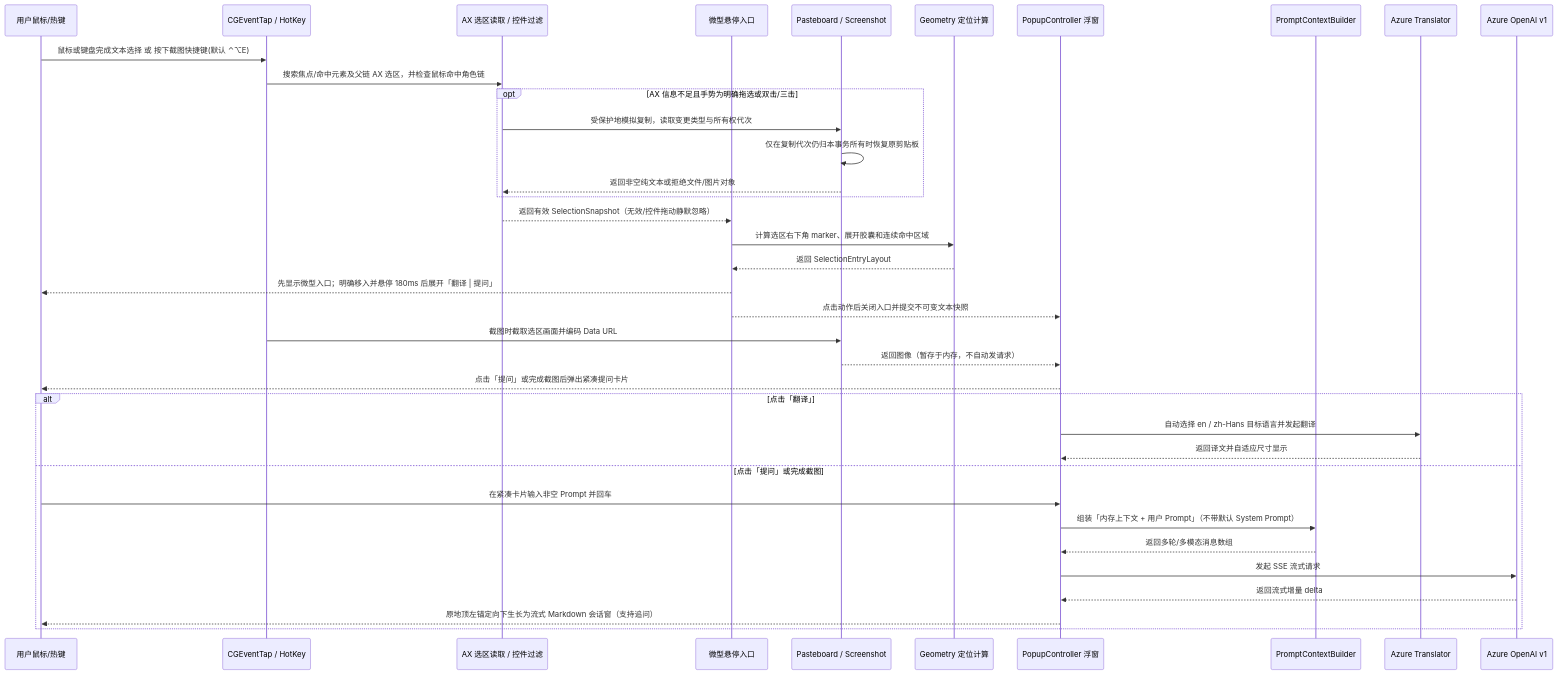
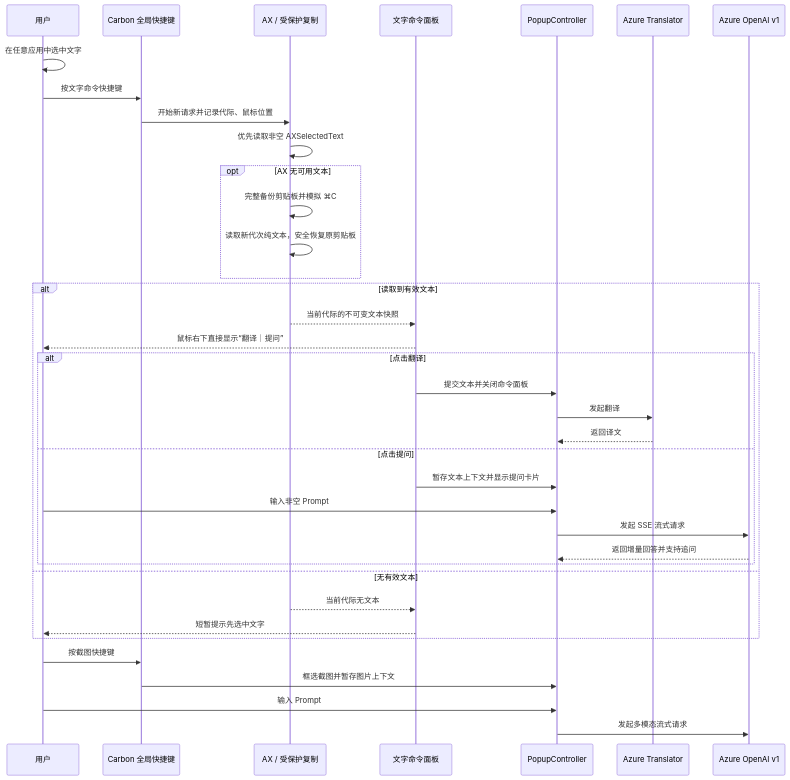
Before and after one commit to Sofiawuh/Glint: the second of 2 diagrams in docs/architecture/overview.md, drawn with Mermaid. The commit also changed other lines of this file and 38 other files, not shown here.

Commit message:
feat: replace automatic selection entry with text command hotkey

````diff
--- a/docs/architecture/overview.md
+++ b/docs/architecture/overview.md
@@ -44,40 +41,41 @@
 ```mermaid
 sequenceDiagram
-    participant User as 用户鼠标/热键
-    participant Tap as CGEventTap / HotKey
-    participant Selection as AX 选区读取 / 控件过滤
-    participant Entry as 微型悬停入口
-    participant Extractor as Pasteboard / Screenshot
-    participant Geo as Geometry 定位计算
-    participant Popup as PopupController 浮窗
-    participant Builder as PromptContextBuilder
+    participant User as 用户
+    participant HotKey as Carbon 全局快捷键
+    participant Reader as AX / 受保护复制
+    participant Panel as 文字命令面板
+    participant Popup as PopupController
     participant Translator as Azure Translator
     participant GPT as Azure OpenAI v1
 
-    User->>Tap: 鼠标或键盘完成文本选择 或 按下截图快捷键(默认 ⌃⌥E)
-    Tap->>Selection: 搜索焦点/命中元素及父链 AX 选区，并检查鼠标命中角色链
-    opt AX 信息不足且手势为明确拖选或双击/三击
-        Selection->>Extractor: 受保护地模拟复制，读取变更类型与所有权代次
-        Extractor->>Extractor: 仅在复制代次仍归本事务所有时恢复原剪贴板
-        Extractor-->>Selection: 返回非空纯文本或拒绝文件/图片对象
+    User->>User: 在任意应用中选中文字
+    User->>HotKey: 按文字命令快捷键
+    HotKey->>Reader: 开始新请求并记录代际、鼠标位置
+    Reader->>Reader: 优先读取非空 AXSelectedText
+    opt AX 无可用文本
+        Reader->>Reader: 完整备份剪贴板并模拟 ⌘C
+        Reader->>Reader: 读取新代次纯文本，安全恢复原剪贴板
     end
-    Selection-->>Entry: 返回有效 SelectionSnapshot（无效/控件拖动静默忽略）
-    Entry->>Geo: 计算选区右下角 marker、展开胶囊和连续命中区域
-    Geo-->>Entry: 返回 SelectionEntryLayout
-    Entry-->>User: 先显示微型入口；明确移入并悬停 180ms 后展开「翻译 | 提问」
-    Entry-->>Popup: 点击动作后关闭入口并提交不可变文本快照
-    Tap->>Extractor: 截图时截取选区画面并编码 Data URL
-    Extractor-->>Popup: 返回图像（暂存于内存，不自动发请求）
-    Popup-->>User: 点击「提问」或完成截图后弹出紧凑提问卡片
-    alt 点击「翻译」
-        Popup->>Translator: 自动选择 en / zh-Hans 目标语言并发起翻译
-        Translator-->>Popup: 返回译文并自适应尺寸显示
-    else 点击「提问」或完成截图
-        User->>Popup: 在紧凑卡片输入非空 Prompt 并回车
-        Popup->>Builder: 组装「内存上下文 + 用户 Prompt」（不带默认 System Prompt）
-        Builder-->>Popup: 返回多轮/多模态消息数组
-        Popup->>GPT: 发起 SSE 流式请求
-        GPT-->>Popup: 返回流式增量 delta
-        Popup-->>User: 原地顶左锚定向下生长为流式 Markdown 会话窗（支持追问）
+    alt 读取到有效文本
+        Reader-->>Panel: 当前代际的不可变文本快照
+        Panel-->>User: 鼠标右下直接显示“翻译｜提问”
+        alt 点击翻译
+            Panel->>Popup: 提交文本并关闭命令面板
+            Popup->>Translator: 发起翻译
+            Translator-->>Popup: 返回译文
+        else 点击提问
+            Panel->>Popup: 暂存文本上下文并显示提问卡片
+            User->>Popup: 输入非空 Prompt
+            Popup->>GPT: 发起 SSE 流式请求
+            GPT-->>Popup: 返回增量回答并支持追问
+        end
+    else 无有效文本
+        Reader-->>Panel: 当前代际无文本
+        Panel-->>User: 短暂提示先选中文字
     end
+
+    User->>HotKey: 按截图快捷键
+    HotKey->>Popup: 框选截图并暂存图片上下文
+    User->>Popup: 输入 Prompt
+    Popup->>GPT: 发起多模态流式请求
 ```
````
